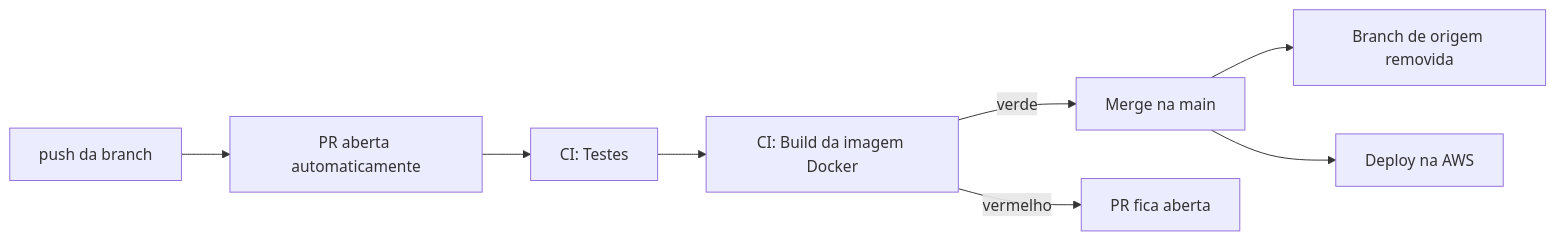
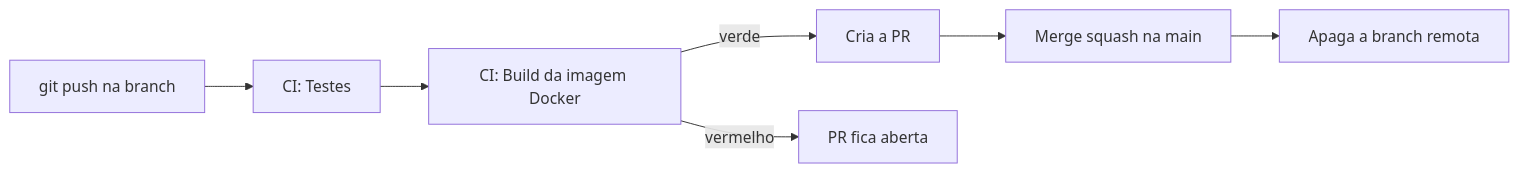
One commit to GabrielNFR/Chatbot changed the second of 2 diagrams in README.md. Above: the diagram before and after it, drawn with Mermaid. The commit also changed other lines of this file, not shown here.

````diff
--- a/README.md
+++ b/README.md
@@ -229,10 +239,9 @@
 ```mermaid
 flowchart LR
-    A[push da branch] --> B[PR aberta automaticamente]
-    B --> C[CI: Testes]
-    C --> D[CI: Build da imagem Docker]
-    D -->|verde| E[Merge na main]
-    D -->|vermelho| F[PR fica aberta]
-    E --> G[Branch de origem removida]
-    E --> H[Deploy na AWS]
+    A[git push na branch] --> B[CI: Testes]
+    B --> C[CI: Build da imagem Docker]
+    C -->|verde| D[Cria a PR]
+    D --> E[Merge squash na main]
+    E --> F[Apaga a branch remota]
+    C -->|vermelho| G[PR fica aberta]
 ```
````
